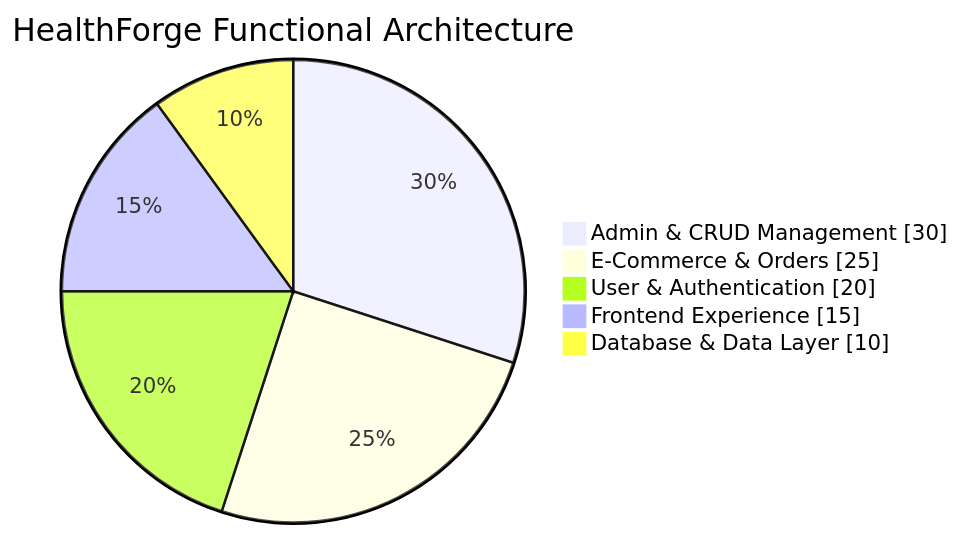
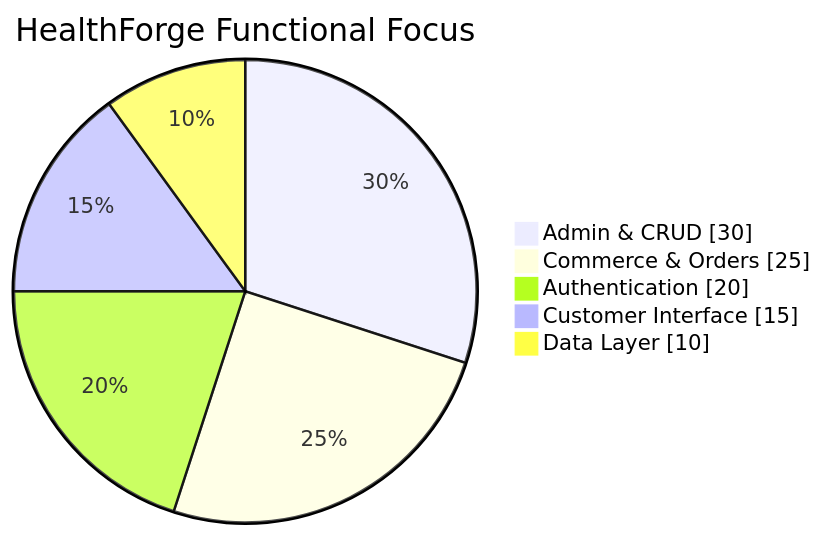
One commit to Ahamed369/HealthForge-Fitness-Web-Application changed the sixth of 10 diagrams in README.md. Above: the diagram before and after it, drawn with Mermaid. The commit also changed other lines of this file, not shown here.

````diff
--- a/README.md
+++ b/README.md
@@ -579,9 +316,9 @@
 ```mermaid
 pie showData
-    title HealthForge Functional Architecture
-    "Admin & CRUD Management" : 30
-    "E-Commerce & Orders" : 25
-    "User & Authentication" : 20
-    "Frontend Experience" : 15
-    "Database & Data Layer" : 10
+    title HealthForge Functional Focus
+    "Admin & CRUD" : 30
+    "Commerce & Orders" : 25
+    "Authentication" : 20
+    "Customer Interface" : 15
+    "Data Layer" : 10
 ```
````
